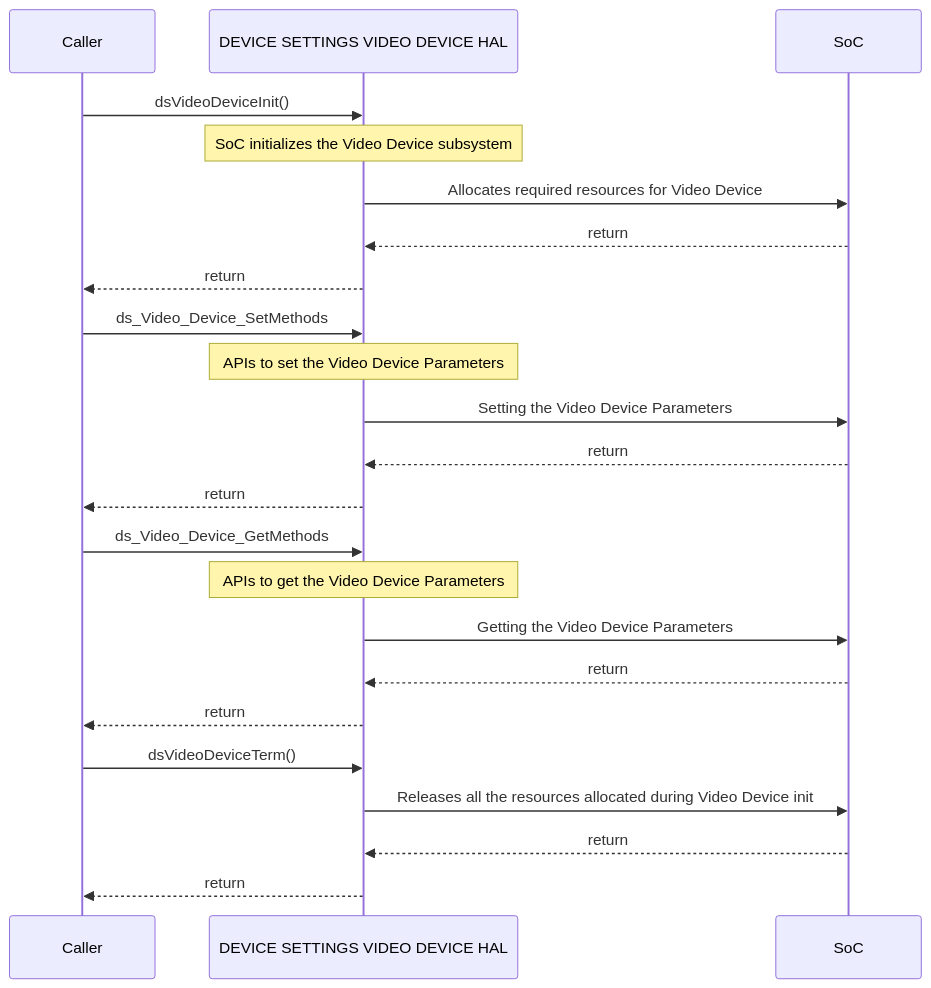
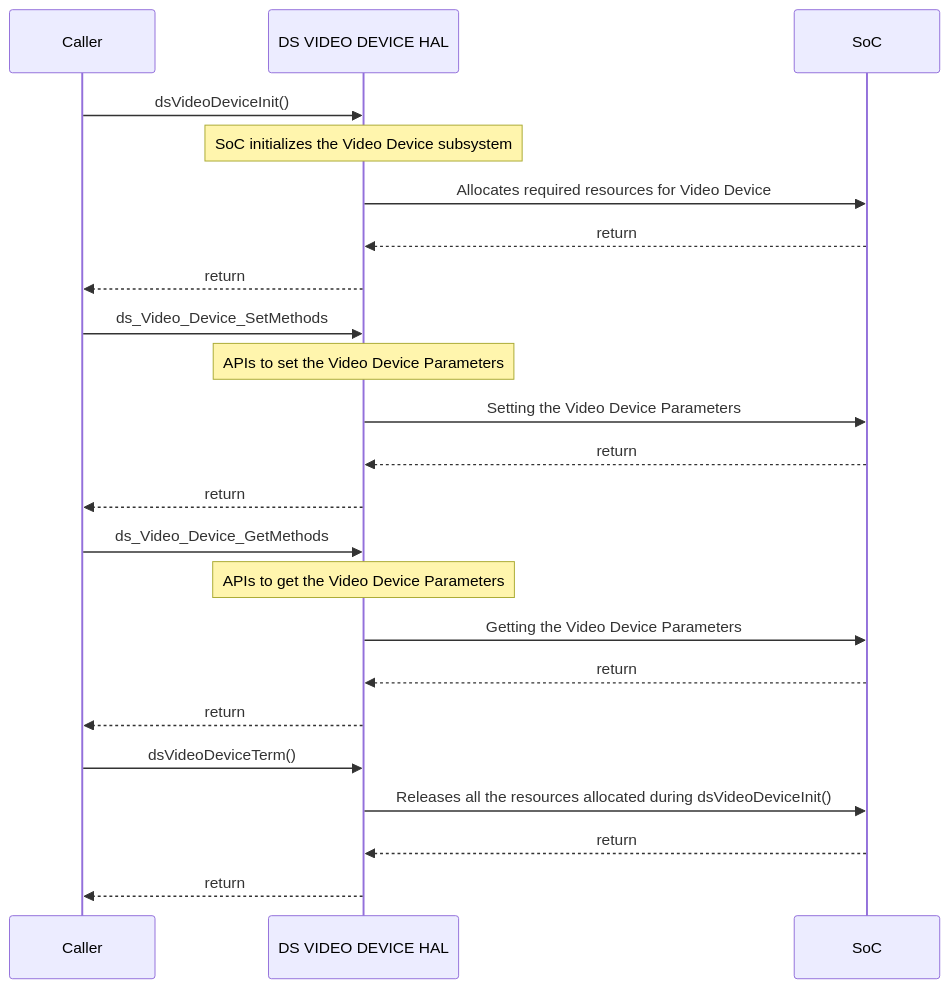
The second of 2 diagrams in docs/pages/ds-video-device_halSpec.md (rdkcentral/rdk-halif-device_settings), drawn with Mermaid before and after one commit. The commit also changed other lines of this file and 1 other file, not shown here.

Commit message:
RDK-44393 : Minor fix in DS Video Device halSpec.md

```````diff
--- a/docs/pages/ds-video-device_halSpec.md
+++ b/docs/pages/ds-video-device_halSpec.md
@@ -168,26 +168,26 @@
 ```mermaid
 %%{ init : { "theme" : "default", "flowchart" : { "curve" : "stepBefore" }}}%%
    sequenceDiagram
     participant Caller as Caller
-    participant HAL as DEVICE SETTINGS VIDEO DEVICE HAL
+    participant HAL as DS VIDEO DEVICE HAL
     participant Driver as SoC
     Caller->>HAL:dsVideoDeviceInit()
     Note over HAL: SoC initializes the Video Device subsystem
     HAL->>Driver: Allocates required resources for Video Device
     Driver-->>HAL:return
     HAL-->>Caller:return
     Caller->>HAL: ds_Video_Device_SetMethods
     Note over HAL: APIs to set the Video Device Parameters
     HAL->>Driver:Setting the Video Device Parameters
     Driver-->>HAL:return
     HAL-->>Caller:return
     Caller->>HAL: ds_Video_Device_GetMethods
     Note over HAL: APIs to get the Video Device Parameters
     HAL->>Driver:Getting the Video Device Parameters
     Driver-->>HAL:return
     HAL-->>Caller:return
     Caller ->>HAL:dsVideoDeviceTerm()
-    HAL ->> Driver: Releases all the resources allocated during Video Device init
+    HAL ->> Driver: Releases all the resources allocated during dsVideoDeviceInit()
     Driver-->>HAL:return
     HAL-->>Caller:return
 ``````
```````
